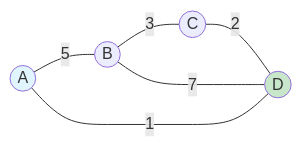
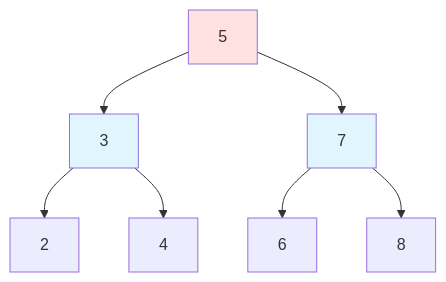
One commit to nugurejeil/weniVooks changed the fourth of 4 diagrams in _md/essentials-codingtest/chapter03/03-4.md. Above: the diagram before and after it, drawn with Mermaid. The commit also changed other lines of this file and 2 other files, not shown here.

````diff
--- a/_md/essentials-codingtest/chapter03/03-4.md
+++ b/_md/essentials-codingtest/chapter03/03-4.md
@@ -263,11 +219,13 @@
 ```mermaid
-graph LR
-    A((A)) ---|5| B((B))
-    B ---|3| C((C))
-    C ---|2| D((D))
-    A ---|1| D
-    B ---|7| D
+graph TD
+    A["5"] --> B["3"]
+    A --> C["7"]
+    B --> D["2"]
+    B --> E["4"]
+    C --> F["6"]
+    C --> G["8"]
 
-    style A fill:#e1f5ff
-    style D fill:#c8e6c9
+    style A fill:#ffe1e1
+    style B fill:#e1f5ff
+    style C fill:#e1f5ff
 ```
````
